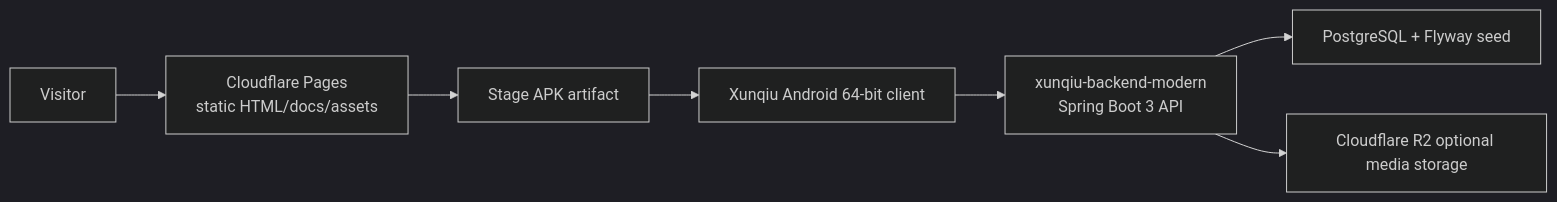
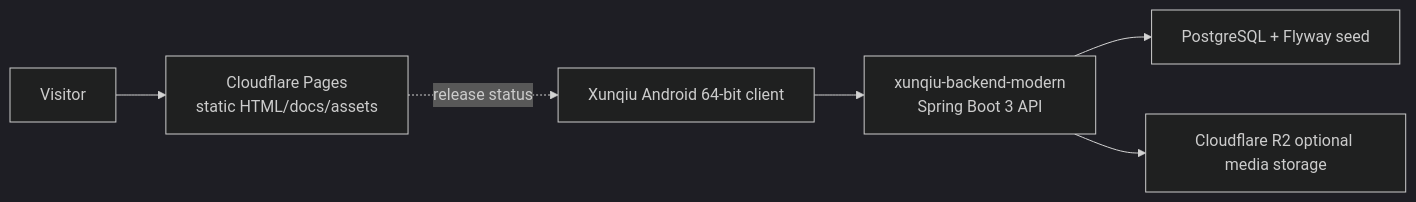
Before and after one commit to Drew-Z/xunqiu: the diagram in README.md, drawn with Mermaid (dark theme). The commit also changed other lines of this file and 9 other files, not shown here.

````diff
--- a/README.md
+++ b/README.md
@@ -56,17 +56,15 @@
 ```mermaid
 flowchart LR
   visitor["Visitor"]
   pages["Cloudflare Pages\nstatic HTML/docs/assets"]
-  apk["Stage APK artifact"]
   android["Xunqiu Android 64-bit client"]
   backend["xunqiu-backend-modern\nSpring Boot 3 API"]
   db["PostgreSQL + Flyway seed"]
   r2["Cloudflare R2 optional media storage"]
 
   visitor --> pages
-  pages --> apk
-  apk --> android
+  pages -. "release status" .-> android
   android --> backend
   backend --> db
   backend --> r2
 ```
````
